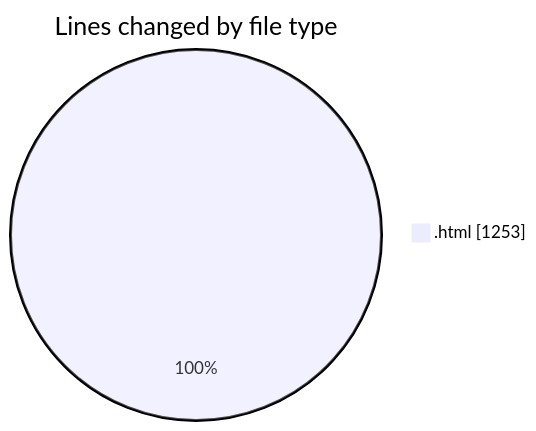
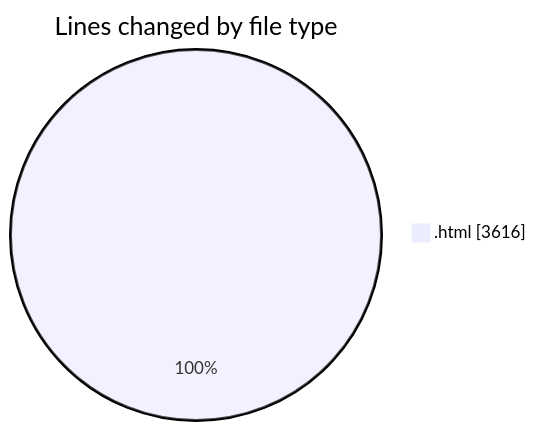
One commit to Ritupan-Deka/code-tracking changed the first of 2 diagrams in 2025-05-22/filetransfer/README.md. Above: the diagram before and after it, drawn with Mermaid. The commit also changed other lines of this file and 1 other file, not shown here.

````diff
--- a/2025-05-22/filetransfer/README.md
+++ b/2025-05-22/filetransfer/README.md
@@ -20,5 +20,5 @@
 ```mermaid
 pie showData
 title Lines changed by file type
-".html" : 1253
+".html" : 3616
 ```
````
